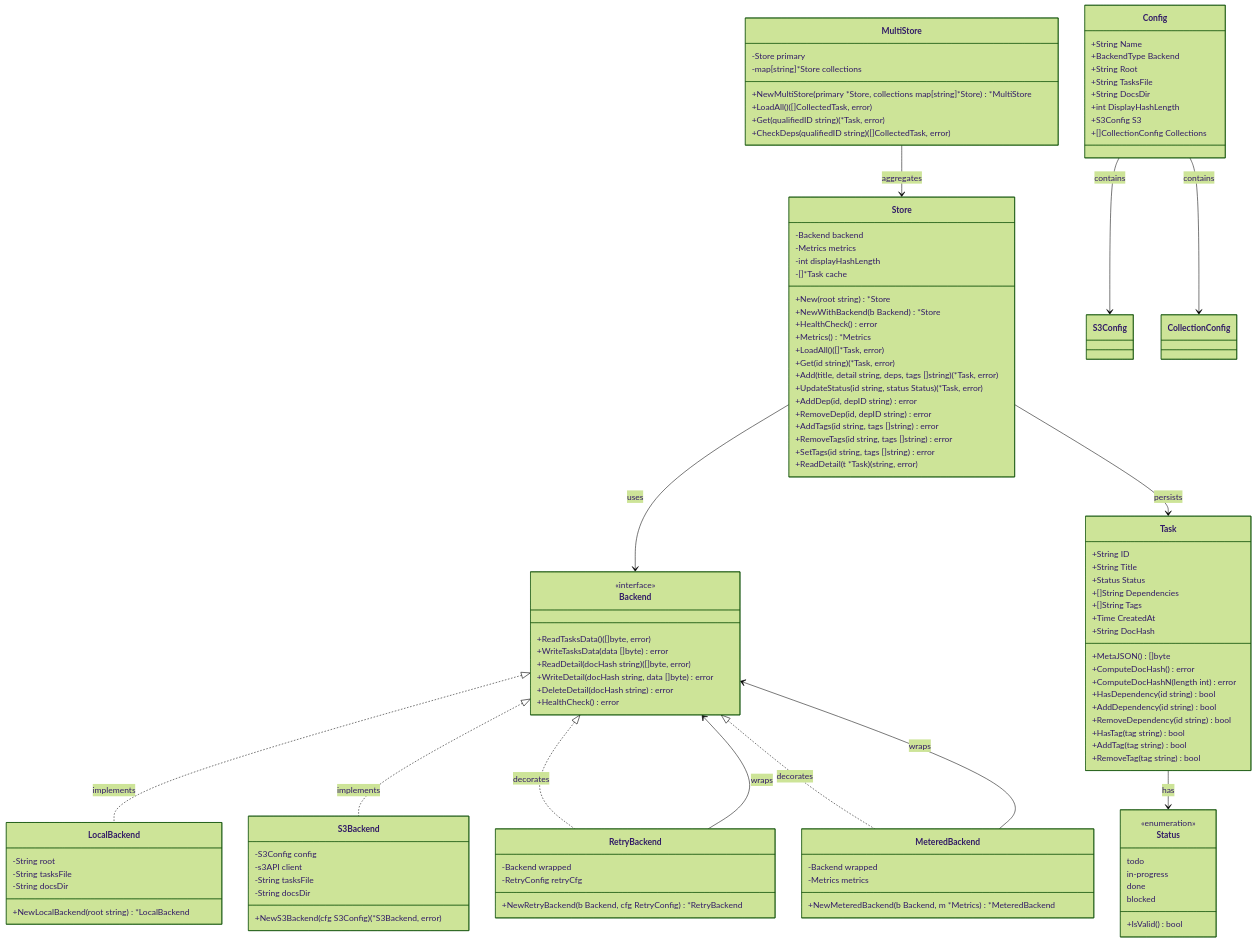
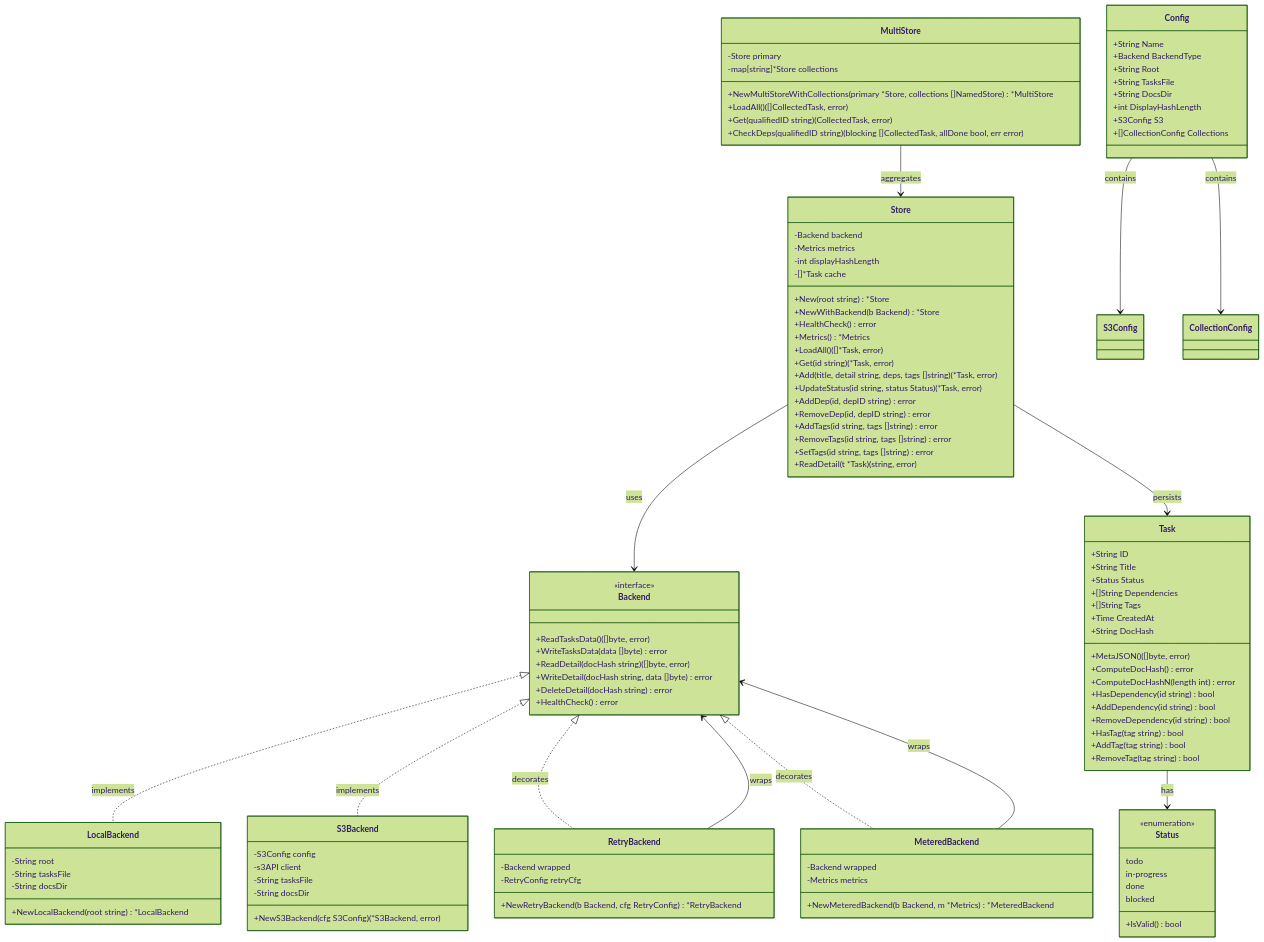
One commit to bmordue/tssk changed the diagram in docs/components/class-diagram.md. Above: the diagram before and after it, drawn with Mermaid (forest theme). The commit also changed other lines of this file and 5 other files, not shown here.

```diff
--- a/docs/components/class-diagram.md
+++ b/docs/components/class-diagram.md
@@ -15,7 +15,7 @@
         +[]String Tags
         +Time CreatedAt
         +String DocHash
-        +MetaJSON() []byte
+        +MetaJSON() ([]byte, error)
         +ComputeDocHash() error
         +ComputeDocHashN(length int) error
         +HasDependency(id string) bool
@@ -96,15 +96,15 @@
     class MultiStore {
         -Store primary
         -map[string]*Store collections
-        +NewMultiStore(primary *Store, collections map[string]*Store) *MultiStore
+        +NewMultiStoreWithCollections(primary *Store, collections []NamedStore) *MultiStore
         +LoadAll() ([]CollectedTask, error)
-        +Get(qualifiedID string) (*Task, error)
-        +CheckDeps(qualifiedID string) ([]CollectedTask, error)
+        +Get(qualifiedID string) (CollectedTask, error)
+        +CheckDeps(qualifiedID string) (blocking []CollectedTask, allDone bool, err error)
     }
 
     class Config {
         +String Name
-        +BackendType Backend
+        +Backend BackendType
         +String Root
         +String TasksFile
         +String DocsDir
```
